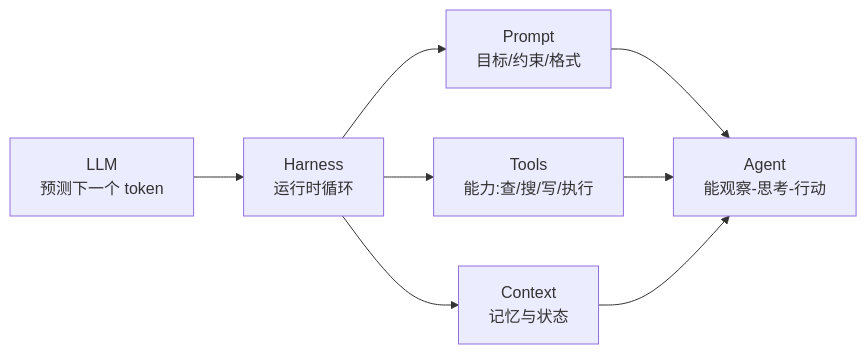
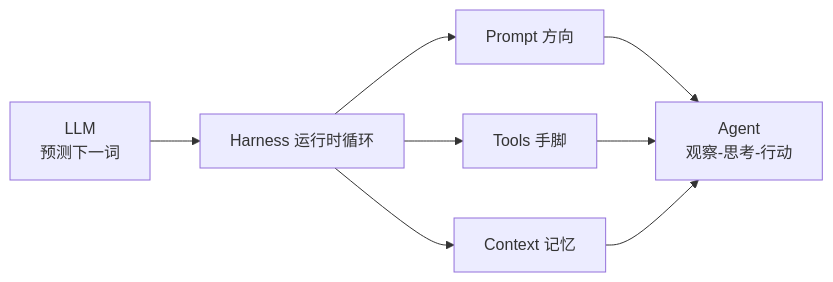
One commit to inspire-man/frontend-knowledge-base changed the diagram in frontend-knowledge-base/卷十一-AIAgentHarness与提示词工程/11.1-从LLM到Agent底层心智.md. Above: the diagram before and after it, drawn with Mermaid. The commit also changed other lines of this file and 7 other files, not shown here.

Commit message:
docs: 深挖卷十一 AI Agent Harness 全卷 —— 全库 78 章深挖收官

````diff
--- a/frontend-knowledge-base/卷十一-AIAgentHarness与提示词工程/11.1-从LLM到Agent底层心智.md
+++ b/frontend-knowledge-base/卷十一-AIAgentHarness与提示词工程/11.1-从LLM到Agent底层心智.md
@@ -81,8 +56,8 @@
 ```mermaid
 flowchart LR
-    A[LLM<br/>预测下一个 token] --> B[Harness<br/>运行时循环]
-    B --> C[Prompt<br/>目标/约束/格式]
-    B --> D[Tools<br/>能力:查/搜/写/执行]
-    B --> E[Context<br/>记忆与状态]
-    C & D & E --> F[Agent<br/>能观察-思考-行动]
+    A[LLM<br/>预测下一词] --> B[Harness 运行时循环]
+    B --> C[Prompt 方向]
+    B --> D[Tools 手脚]
+    B --> E[Context 记忆]
+    C & D & E --> F[Agent<br/>观察-思考-行动]
 ```
````
